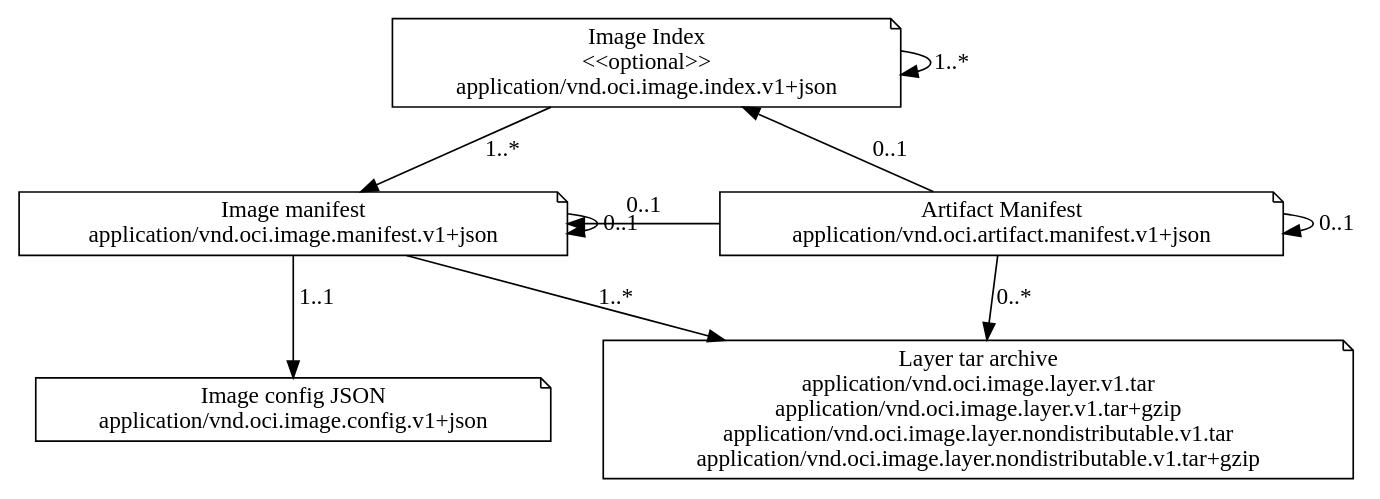
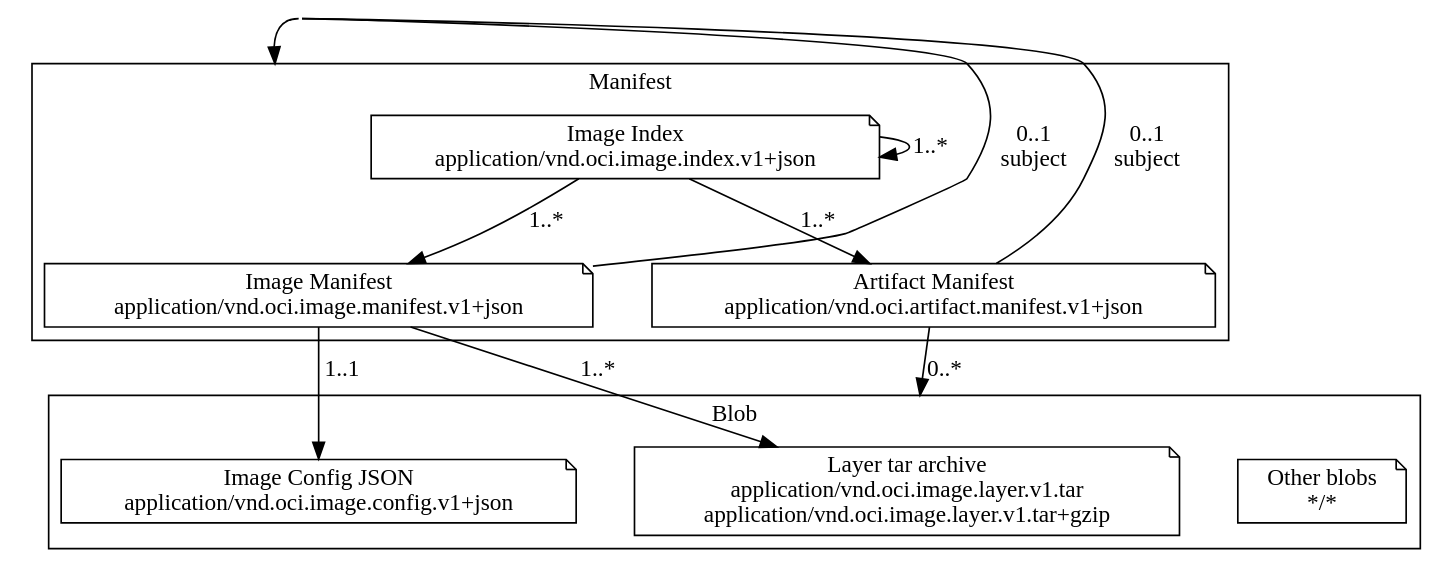
The diagram in img/media-types.dot (opencontainers/image-spec), drawn with Graphviz before and after one commit. The commit also changed 1 other file, not shown here.

Commit message:
Update image to group manifests and blobs

```diff
--- a/img/media-types.dot
+++ b/img/media-types.dot
@@ -1,22 +1,31 @@
 digraph G {
-  {
-    imageIndex [shape=note, label="Image Index\n<<optional>>\napplication/vnd.oci.image.index.v1+json"]
-    {
-      rank=same
-      manifest [shape=note, label="Image manifest\napplication/vnd.oci.image.manifest.v1+json"]
-      artifact [shape=note, label="Artifact Manifest\napplication/vnd.oci.artifact.manifest.v1+json"]
-    }
-    config [shape=note, label="Image config JSON\napplication/vnd.oci.image.config.v1+json"]
-    layer [shape=note, label="Layer tar archive\napplication/vnd.oci.image.layer.v1.tar\napplication/vnd.oci.image.layer.v1.tar+gzip\napplication/vnd.oci.image.layer.nondistributable.v1.tar\napplication/vnd.oci.image.layer.nondistributable.v1.tar+gzip"]
+  compound=true
+  invisM[shape=point height=0] // invisible node needed for some links to parent
+  subgraph manifest {
+    label="Manifest"
+    cluster=true
+    { cluster=false; index -> {rank=same; image -> artifact[style=invis]} [style=invis] } // order nodes
+    invisSubM [style=invis shape=point height=0] // invisible node inside manifest
+    index [shape=note label="Image Index\napplication/vnd.oci.image.index.v1+json"]
+    image [shape=note label="Image Manifest\napplication/vnd.oci.image.manifest.v1+json"]
+    artifact [shape=note label="Artifact Manifest\napplication/vnd.oci.artifact.manifest.v1+json"]
+  }
+  subgraph blob {
+    label="Blob"
+    cluster=true
+    { cluster=false; rank=same; config -> layer -> other [style=invis] } // order nodes
+    config [shape=note label="Image Config JSON\napplication/vnd.oci.image.config.v1+json"]
+    layer [shape=note label="Layer tar archive\napplication/vnd.oci.image.layer.v1.tar\napplication/vnd.oci.image.layer.v1.tar+gzip"]
+    other [shape=note label="Other blobs\n*/*"]
   }
 
-  imageIndex -> imageIndex [label="1..*"]
-  imageIndex -> manifest [label="1..*"]
-  manifest -> config [label="1..1"]
-  manifest -> layer [label="1..*"]
-  artifact -> manifest [label="0..1"] [constraint = false];
-  artifact -> artifact [label="0..1"];
-  manifest -> manifest [label="0..1"];
-  artifact -> imageIndex [label="0..1"]
-  artifact -> layer[label="0..*"]
+  index -> index [label="1..*"];
+  index -> image [label="1..*"];
+  index -> artifact [label="1..*"];
+  image -> config [label="1..1"];
+  image -> layer [label="1..*"];
+  image -> invisM:e [dir=none label="0..1\nsubject" constraint = false];
+  artifact -> layer [lhead="blob" label="0..*"];
+  artifact -> invisM:e [dir=none label="0..1\nsubject" constraint = false];
+  invisM:w -> invisSubM [lhead=manifest];
 }
```
